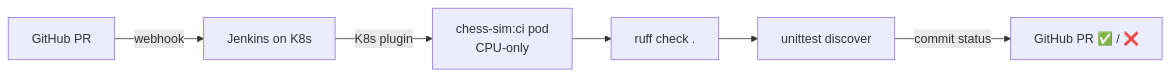
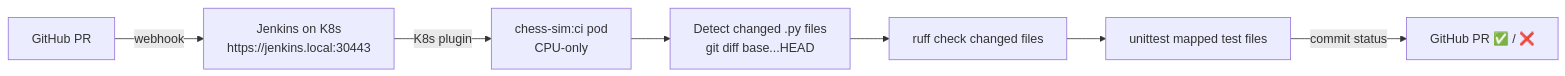
The third of 5 diagrams in README.md (sombersomni/chess-policy-agent), drawn with Mermaid before and after one commit. The commit also changed other lines of this file and 12 other files, not shown here.

````diff
--- a/README.md
+++ b/README.md
@@ -120,8 +120,9 @@
 ```mermaid
 flowchart LR
-    PR[GitHub PR] -->|webhook| JK[Jenkins on K8s]
+    PR[GitHub PR] -->|webhook| JK[Jenkins on K8s\nhttps://jenkins.local:30443]
     JK -->|K8s plugin| POD[chess-sim:ci pod\nCPU-only]
-    POD --> L[ruff check .]
-    L --> T[unittest discover]
+    POD --> D[Detect changed .py files\ngit diff base...HEAD]
+    D --> L[ruff check changed files]
+    L --> T[unittest mapped test files]
     T -->|commit status| GH[GitHub PR ✅ / ❌]
 ```
````
